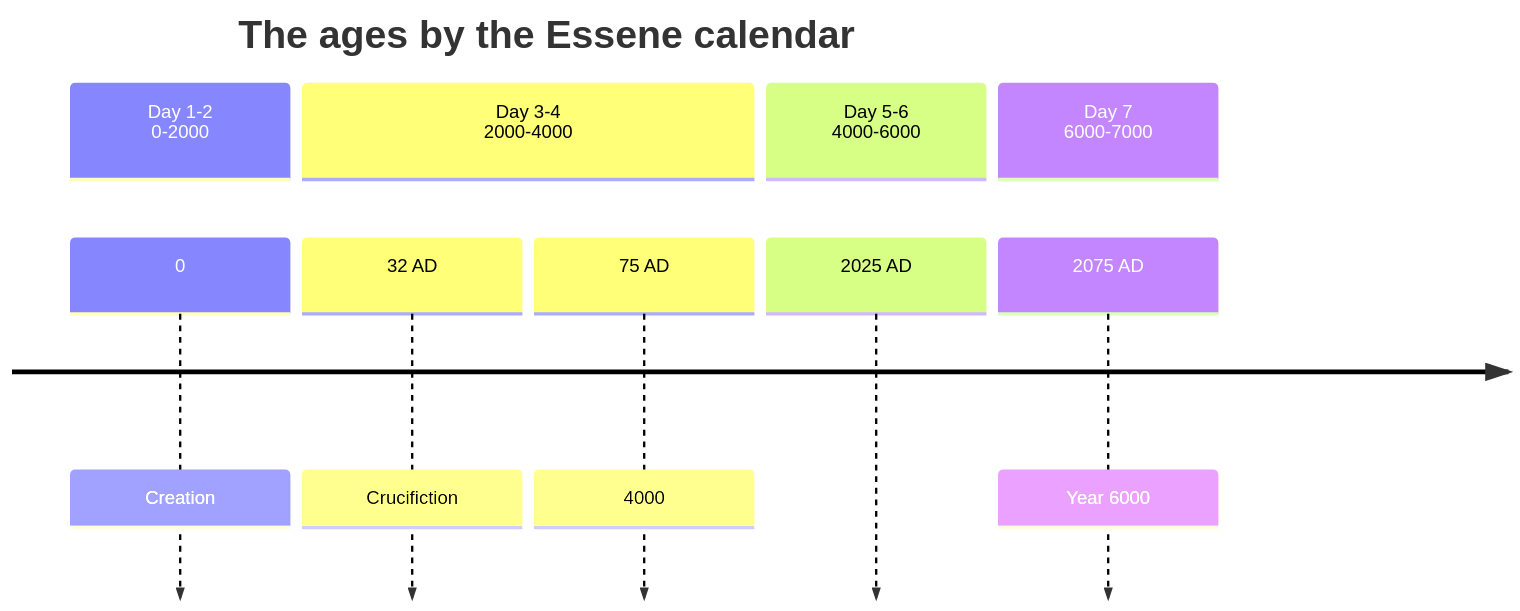
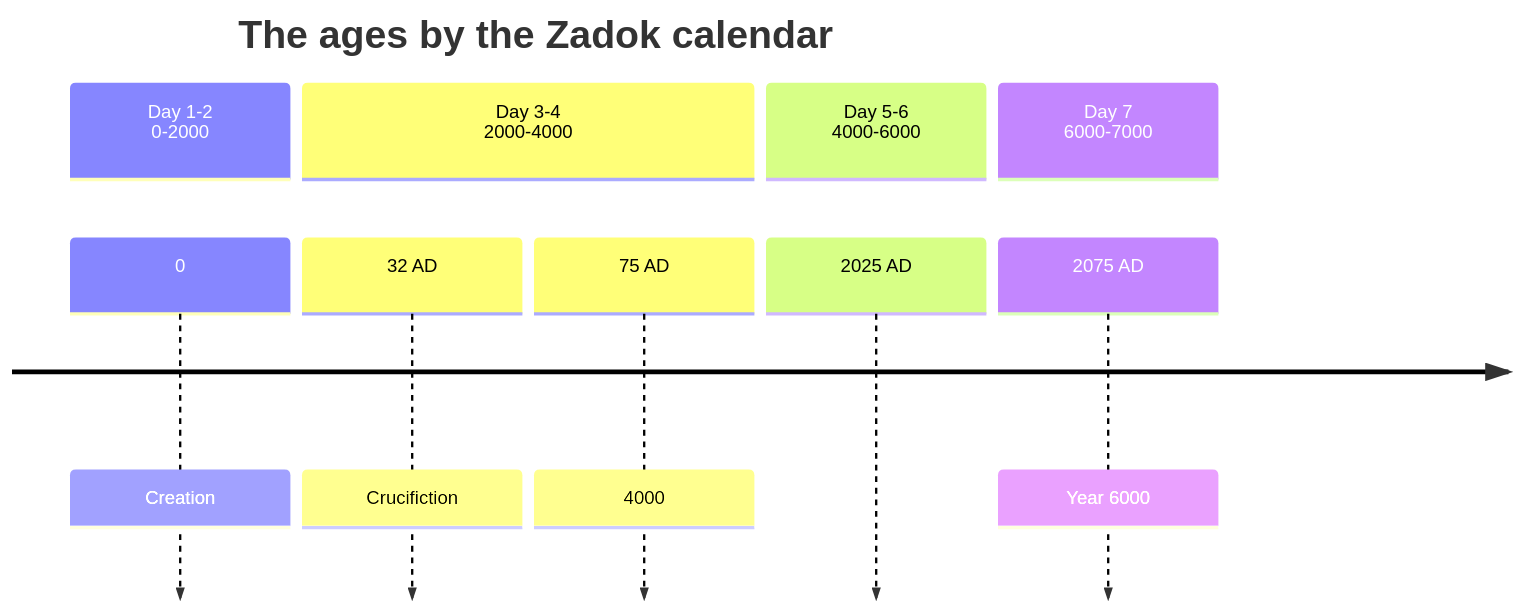
Before and after one commit to ding0t/bible_studies: the diagram in docs/content/studies/prophecy/day_is_near.md, drawn with Mermaid. The commit also changed other lines of this file and 10 other files, not shown here.

First line of the commit message:
Rename Essene calendar to Zadok calendar throughout project

````diff
--- a/docs/content/studies/prophecy/day_is_near.md
+++ b/docs/content/studies/prophecy/day_is_near.md
@@ -109,14 +109,14 @@
 ```mermaid
 timeline
-        title The ages by the Essene calendar
+        title The ages by the Zadok calendar
         section Day 1-2 <br> 0-2000
           0: Creation
         section Day 3-4 <br> 2000-4000
           32 AD : Crucifiction
           75 AD : 4000
         section Day 5-6<br> 4000-6000
           2025 AD  
         section Day 7 <br> 6000-7000
           2075 AD : Year 6000
 
 ```
````
